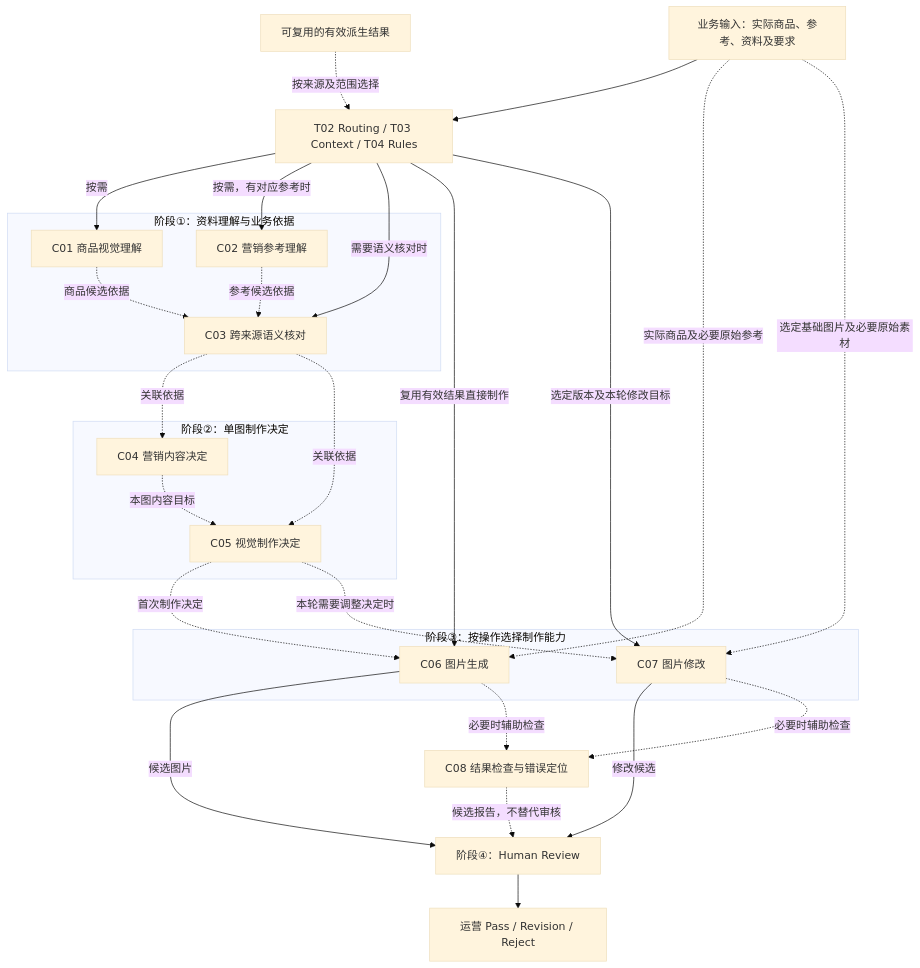
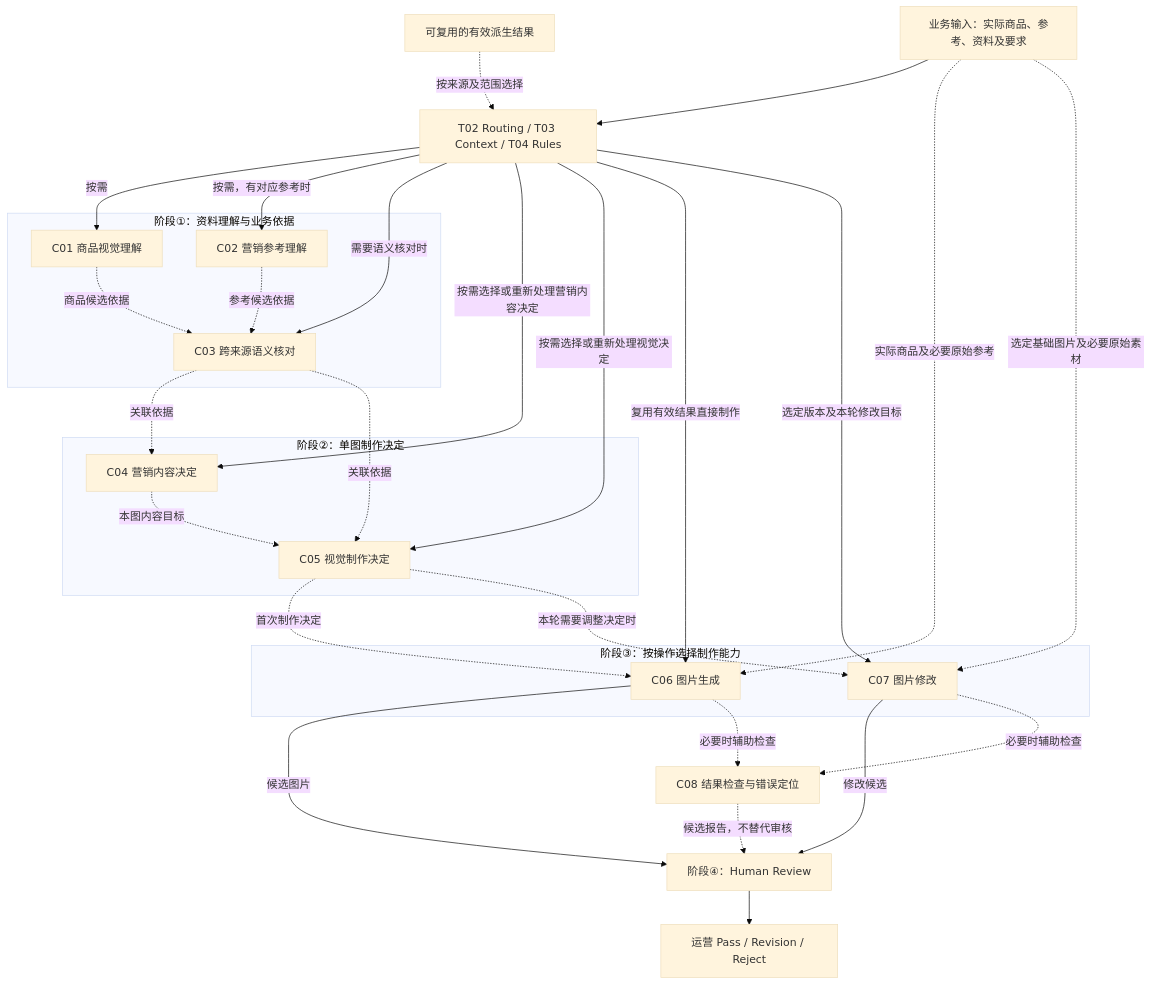
The first of 3 diagrams in docs/business/architecture/T05_AI_CAPABILITIES.md (SONG-36/aigc-workbench), drawn with Mermaid (base theme) before and after one commit. The commit also changed other lines of this file and 2 other files, not shown here.

Commit message:
docs: resolve first-round architecture review findings

````diff
--- a/docs/business/architecture/T05_AI_CAPABILITIES.md
+++ b/docs/business/architecture/T05_AI_CAPABILITIES.md
@@ -242,33 +242,35 @@
 ```mermaid
 flowchart TD
     INPUT["业务输入：实际商品、参考、资料及要求"] --> SELECT["T02 Routing / T03 Context / T04 Rules"]
     subgraph STAGE1["阶段①：资料理解与业务依据"]
         C01["C01 商品视觉理解"] -.->|"商品候选依据"| C03["C03 跨来源语义核对"]
         C02["C02 营销参考理解"] -.->|"参考候选依据"| C03
     end
     subgraph STAGE2["阶段②：单图制作决定"]
         C04["C04 营销内容决定"] -.->|"本图内容目标"| C05["C05 视觉制作决定"]
     end
     subgraph STAGE3["阶段③：按操作选择制作能力"]
         C06["C06 图片生成"]
         C07["C07 图片修改"]
     end
     SELECT -->|"按需"| C01
     SELECT -->|"按需，有对应参考时"| C02
     SELECT -->|"需要语义核对时"| C03
+    SELECT -->|"按需选择或重新处理营销内容决定"| C04
+    SELECT -->|"按需选择或重新处理视觉决定"| C05
     C03 -.->|"关联依据"| C04
     C03 -.->|"关联依据"| C05
     C05 -.->|"首次制作决定"| C06
     C05 -.->|"本轮需要调整决定时"| C07
     SELECT -->|"复用有效结果直接制作"| C06
     SELECT -->|"选定版本及本轮修改目标"| C07
     REUSE["可复用的有效派生结果"] -.->|"按来源及范围选择"| SELECT
     INPUT -.->|"实际商品及必要原始参考"| C06
     INPUT -.->|"选定基础图片及必要原始素材"| C07
     C06 -->|"候选图片"| REVIEW["阶段④：Human Review"]
     C07 -->|"修改候选"| REVIEW
     C06 -.->|"必要时辅助检查"| C08["C08 结果检查与错误定位"]
     C07 -.->|"必要时辅助检查"| C08
     C08 -.->|"候选报告，不替代审核"| REVIEW
     REVIEW --> RESULT["运营 Pass / Revision / Reject"]
 ```
````
